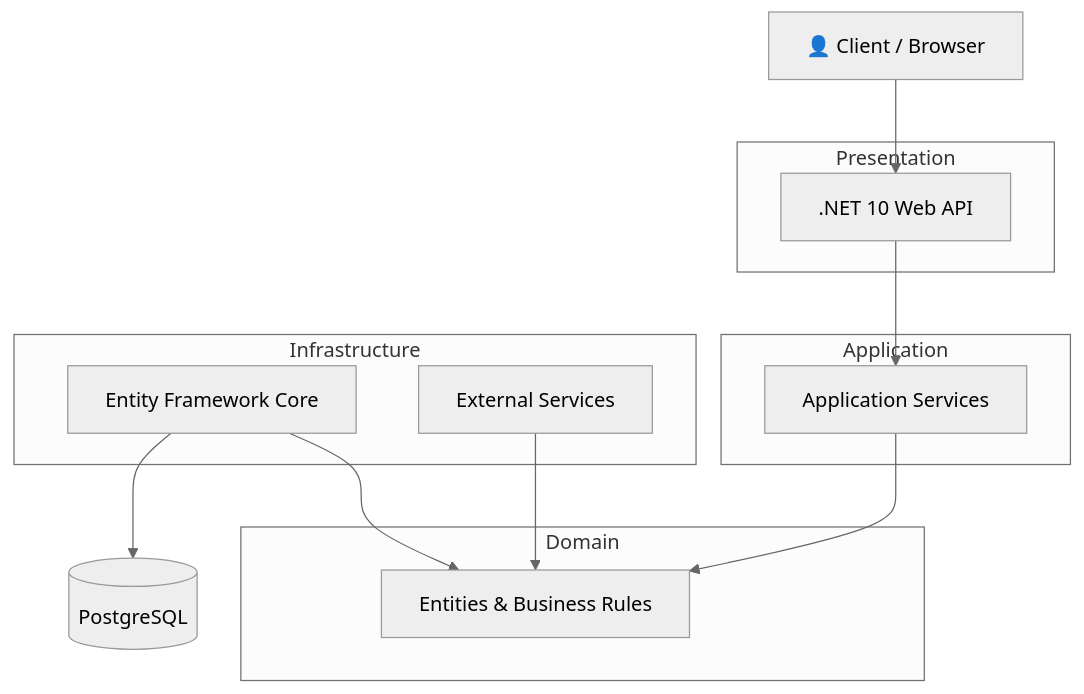
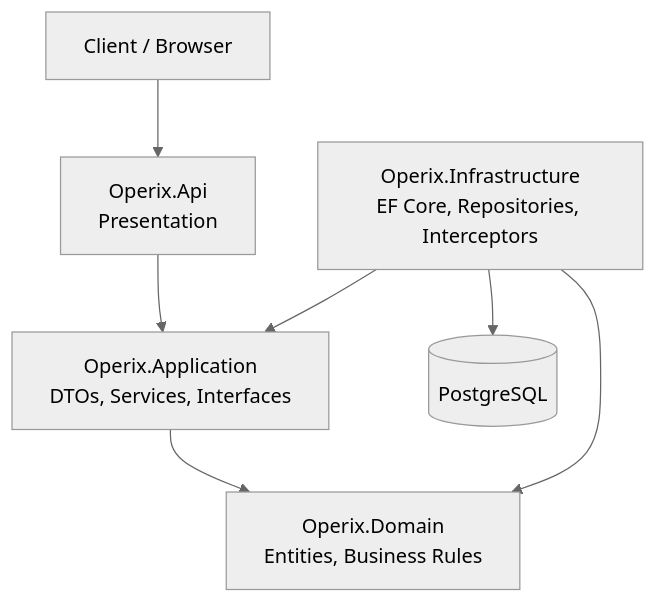
One commit to danishm7/operix changed the diagram in docs/architecture/03-clean-architecture.md. Above: the diagram before and after it, drawn with Mermaid (neutral theme). The commit also changed other lines of this file, not shown here.

Commit message:
Update clean architecture document

````diff
--- a/docs/architecture/03-clean-architecture.md
+++ b/docs/architecture/03-clean-architecture.md
@@ -11,33 +11,22 @@
 ```mermaid
 flowchart TB
 
-Client["👤 Client / Browser"]
+Client["Client / Browser"]
 
-subgraph PresentationLayer["Presentation"]
-    API[".NET 10 Web API"]
-end
+API["Operix.Api<br/>Presentation"]
 
-subgraph ApplicationLayer["Application"]
-    Services["Application Services"]
-end
+Application["Operix.Application<br/>DTOs, Services, Interfaces"]
 
-subgraph DomainLayer["Domain"]
-    Entities["Entities & Business Rules"]
-end
+Domain["Operix.Domain<br/>Entities, Business Rules"]
 
-subgraph InfrastructureLayer["Infrastructure"]
-    Persistence["Entity Framework Core"]
-    Integrations["External Services"]
-end
+Infrastructure["Operix.Infrastructure<br/>EF Core, Repositories, Interceptors"]
 
 Database[("PostgreSQL")]
 
 Client --> API
-API --> Services
-Services --> Entities
-
-Persistence --> Entities
-Persistence --> Database
-
-Integrations --> Entities
+API --> Application
+Application --> Domain
+Infrastructure --> Application
+Infrastructure --> Domain
+Infrastructure --> Database
 ```
````
